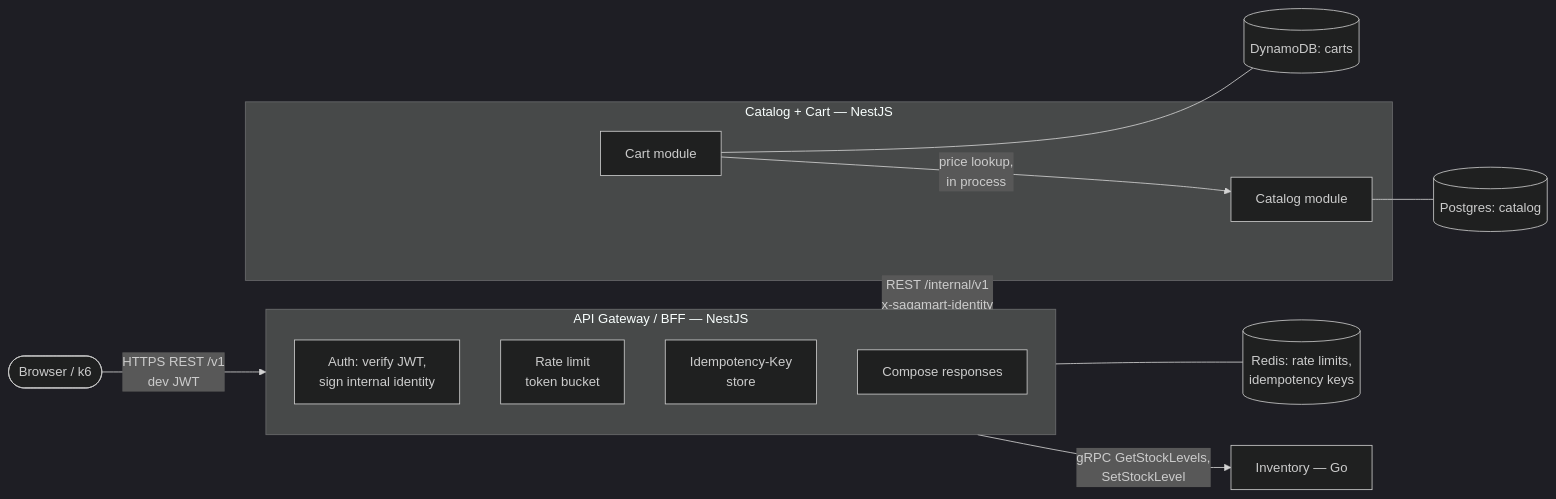
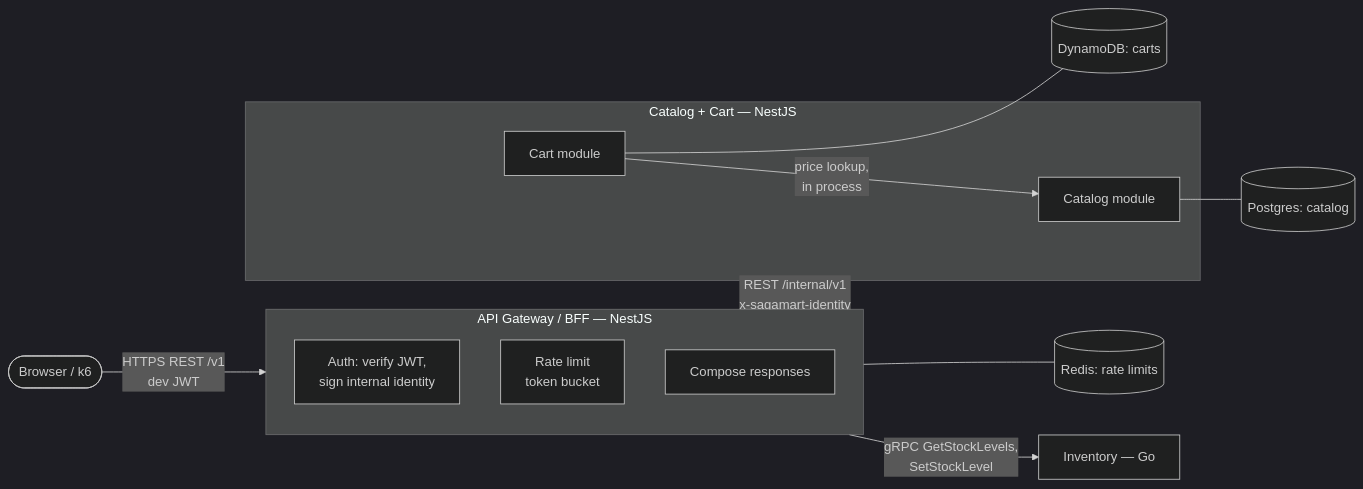
One commit to rizkyr99/sagamart changed the first of 2 diagrams in docs/rfc/0005-catalog-cart-gateway.md. Above: the diagram before and after it, drawn with Mermaid (dark theme). The commit also changed other lines of this file and 3 other files, not shown here.

````diff
--- a/docs/rfc/0005-catalog-cart-gateway.md
+++ b/docs/rfc/0005-catalog-cart-gateway.md
@@ -42,20 +42,19 @@
 ```mermaid
 flowchart LR
     client([Browser / k6]) -->|HTTPS REST /v1<br/>dev JWT| gw
     subgraph gw[API Gateway / BFF — NestJS]
         auth[Auth: verify JWT,<br/>sign internal identity]
         rl[Rate limit<br/>token bucket]
-        idem[Idempotency-Key<br/>store]
         compose[Compose responses]
     end
     gw -->|REST /internal/v1<br/>x-sagamart-identity| cat
     gw -->|gRPC GetStockLevels,<br/>SetStockLevel| inv[Inventory — Go]
     subgraph cat[Catalog + Cart — NestJS]
         catalog[Catalog module]
         cart[Cart module]
         cart -->|price lookup,<br/>in process| catalog
     end
     catalog --- pg[(Postgres: catalog)]
     cart --- ddb[(DynamoDB: carts)]
-    gw --- redis[(Redis: rate limits,<br/>idempotency keys)]
+    gw --- redis[(Redis: rate limits)]
 ```
````
